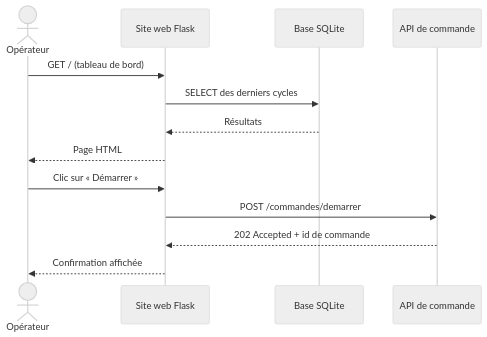
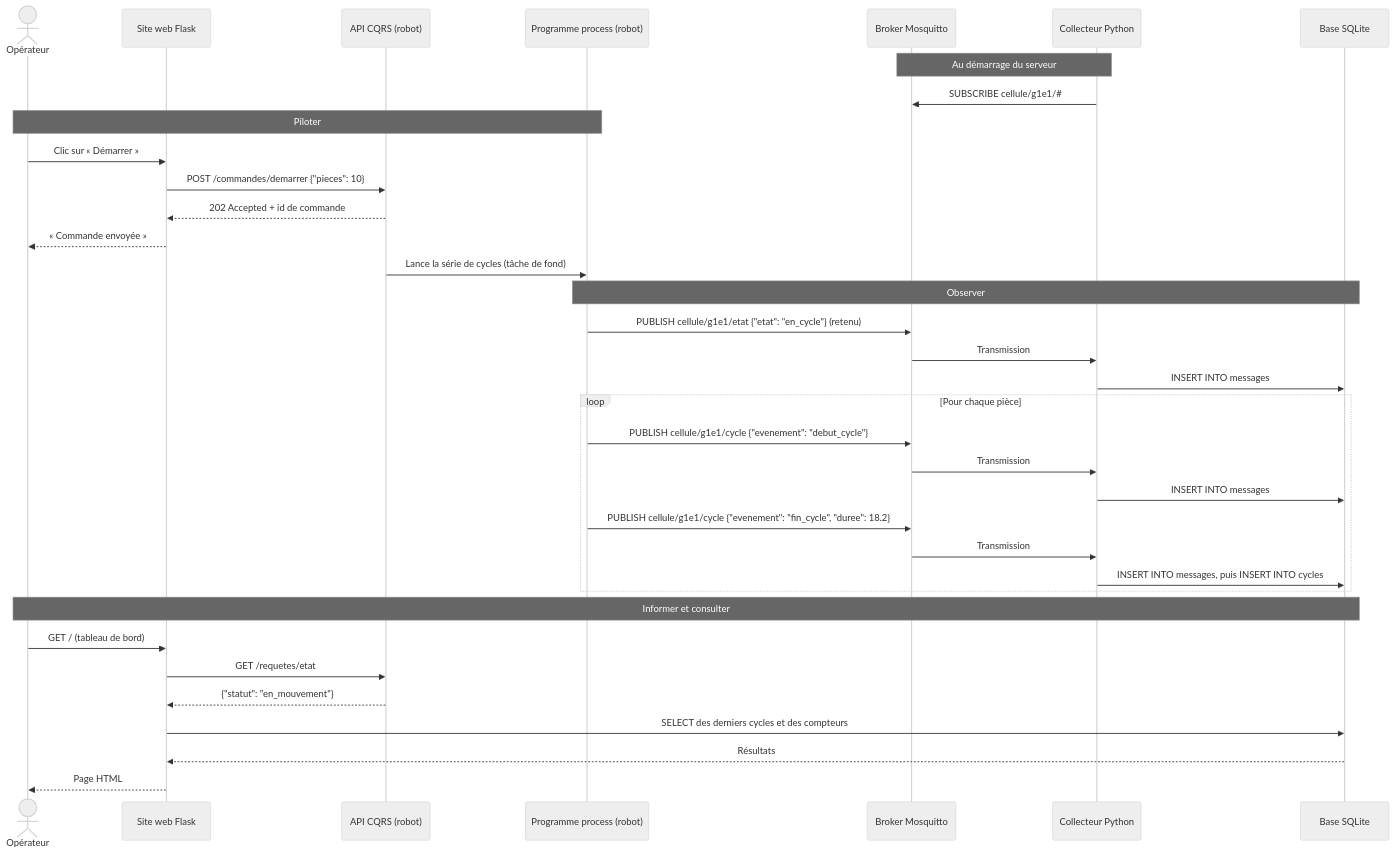
Before and after one commit to fabrice1618/niryo2: the third of 6 diagrams in README.md, drawn with Mermaid (neutral theme). The commit also changed other lines of this file and 3 other files, not shown here.

First line of the commit message:
README progressif et schéma d'architecture complété

````diff
--- a/README.md
+++ b/README.md
@@ -120,15 +138,41 @@
 ```mermaid
 sequenceDiagram
     actor O as Opérateur
     participant W as Site web Flask
+    participant A as API CQRS (robot)
+    participant P as Programme process (robot)
+    participant B as Broker Mosquitto
+    participant C as Collecteur Python
     participant DB as Base SQLite
-    participant A as API de commande
+
+    Note over B,C: Au démarrage du serveur
+    C->>B: SUBSCRIBE cellule/g1e1/#35;
+
+    Note over O,P: Piloter
+    O->>W: Clic sur « Démarrer »
+    W->>A: POST /commandes/demarrer {"pieces": 10}
+    A-->>W: 202 Accepted + id de commande
+    W-->>O: « Commande envoyée »
+    A->>P: Lance la série de cycles (tâche de fond)
+
+    Note over P,DB: Observer
+    P->>B: PUBLISH cellule/g1e1/etat {"etat": "en_cycle"} (retenu)
+    B->>C: Transmission
+    C->>DB: INSERT INTO messages
+    loop Pour chaque pièce
+        P->>B: PUBLISH cellule/g1e1/cycle {"evenement": "debut_cycle"}
+        B->>C: Transmission
+        C->>DB: INSERT INTO messages
+        P->>B: PUBLISH cellule/g1e1/cycle {"evenement": "fin_cycle", "duree": 18.2}
+        B->>C: Transmission
+        C->>DB: INSERT INTO messages, puis INSERT INTO cycles
+    end
+
+    Note over O,DB: Informer et consulter
     O->>W: GET / (tableau de bord)
-    W->>DB: SELECT des derniers cycles
+    W->>A: GET /requetes/etat
+    A-->>W: {"statut": "en_mouvement"}
+    W->>DB: SELECT des derniers cycles et des compteurs
     DB-->>W: Résultats
     W-->>O: Page HTML
-    O->>W: Clic sur « Démarrer »
-    W->>A: POST /commandes/demarrer
-    A-->>W: 202 Accepted + id de commande
-    W-->>O: Confirmation affichée
 ```
````
